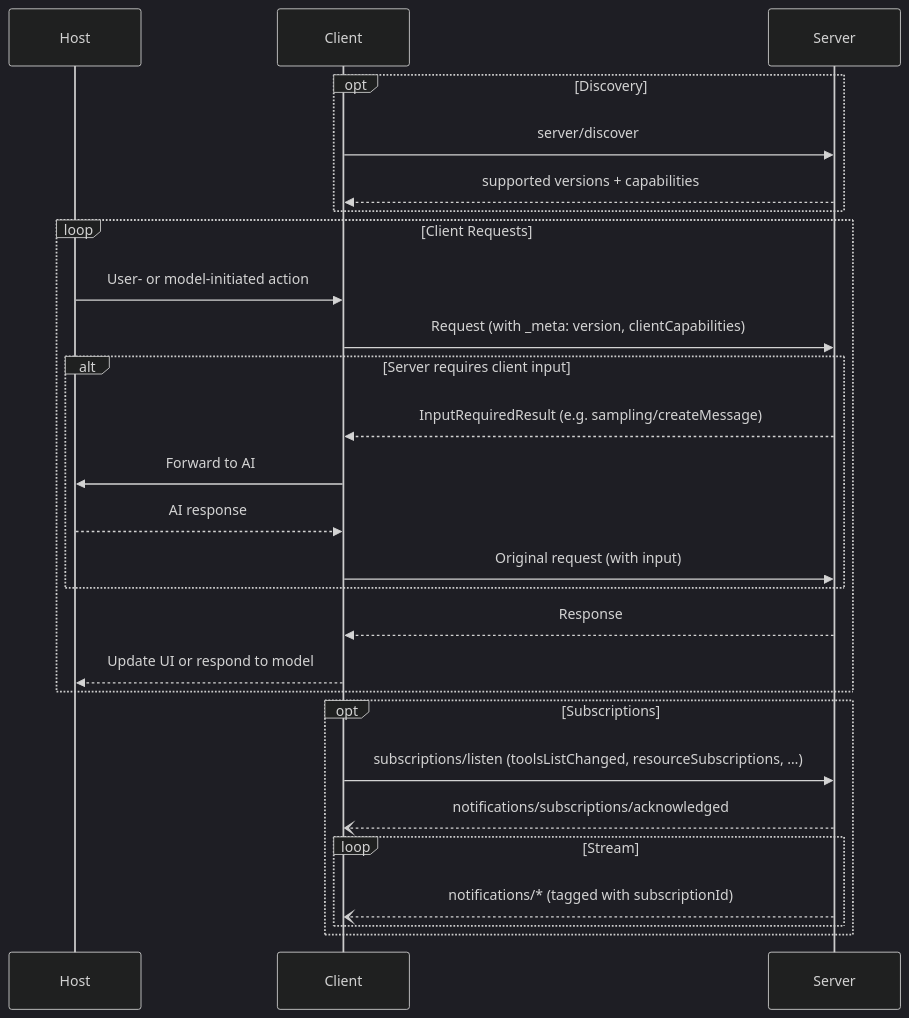
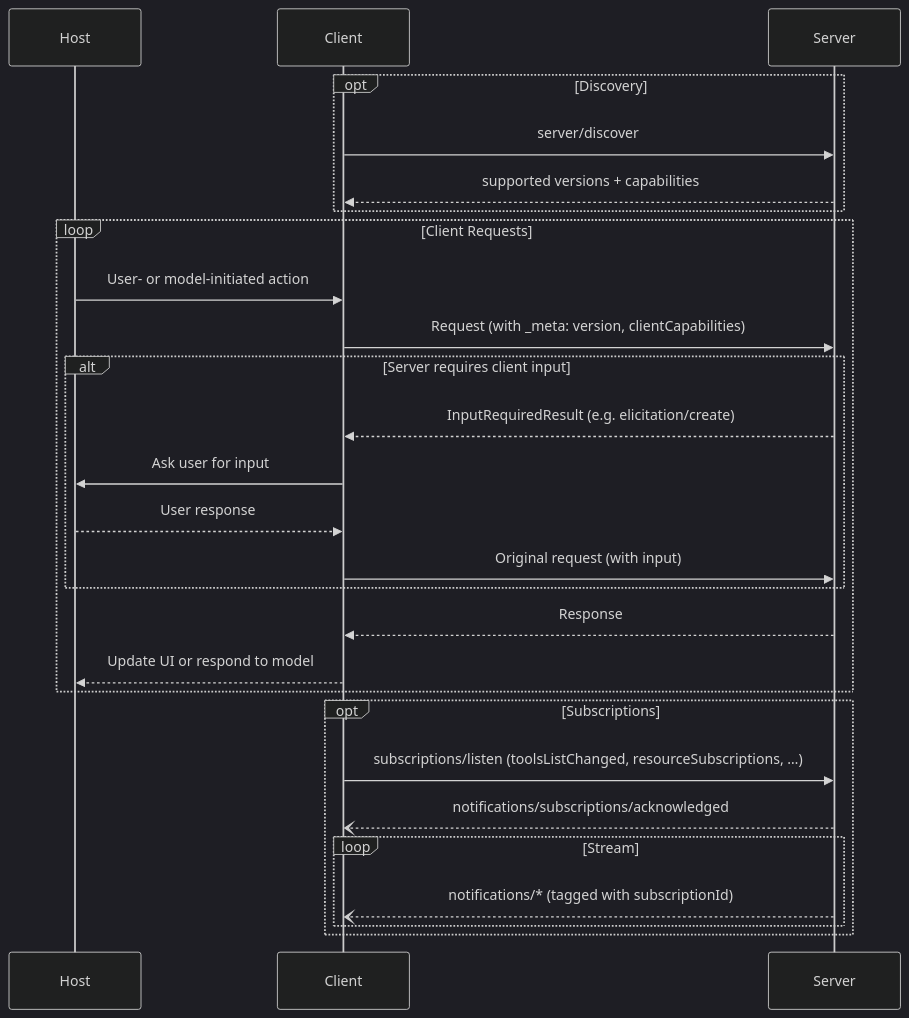
One commit to Eyre921/ofiicial-developer-docs changed the second of 2 diagrams in agent-frameworks/mcp/pages/specification/2026-07-28/architecture/index.md. Above: the diagram before and after it, drawn with Mermaid (dark theme). The commit also changed other lines of this file and 542 other files, not shown here.

````diff
--- a/agent-frameworks/mcp/pages/specification/2026-07-28/architecture/index.md
+++ b/agent-frameworks/mcp/pages/specification/2026-07-28/architecture/index.md
@@ -131,32 +132,32 @@
 ```mermaid theme={null}
 sequenceDiagram
     participant Host
     participant Client
     participant Server
 
     opt Discovery
         Client->>Server: server/discover
         Server-->>Client: supported versions + capabilities
     end
 
     loop Client Requests
         Host->>Client: User- or model-initiated action
         Client->>Server: Request (with _meta: version, clientCapabilities)
         alt Server requires client input
-            Server-->>Client: InputRequiredResult (e.g. sampling/createMessage)
-            Client->>Host: Forward to AI
-            Host-->>Client: AI response
+            Server-->>Client: InputRequiredResult (e.g. elicitation/create)
+            Client->>Host: Ask user for input
+            Host-->>Client: User response
             Client->>Server: Original request (with input)
         end
         Server-->>Client: Response
         Client-->>Host: Update UI or respond to model
     end
 
     opt Subscriptions
         Client->>Server: subscriptions/listen (toolsListChanged, resourceSubscriptions, …)
         Server--)Client: notifications/subscriptions/acknowledged
         loop Stream
             Server--)Client: notifications/* (tagged with subscriptionId)
         end
     end
 ```
````
